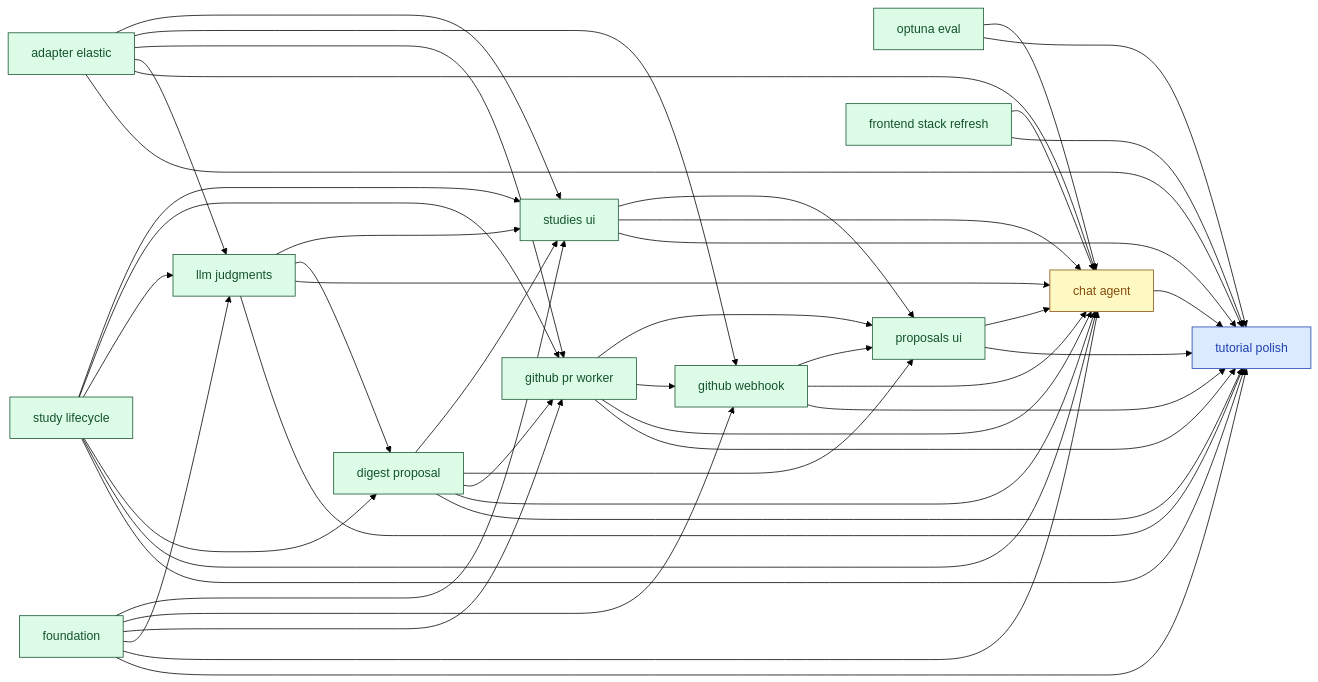
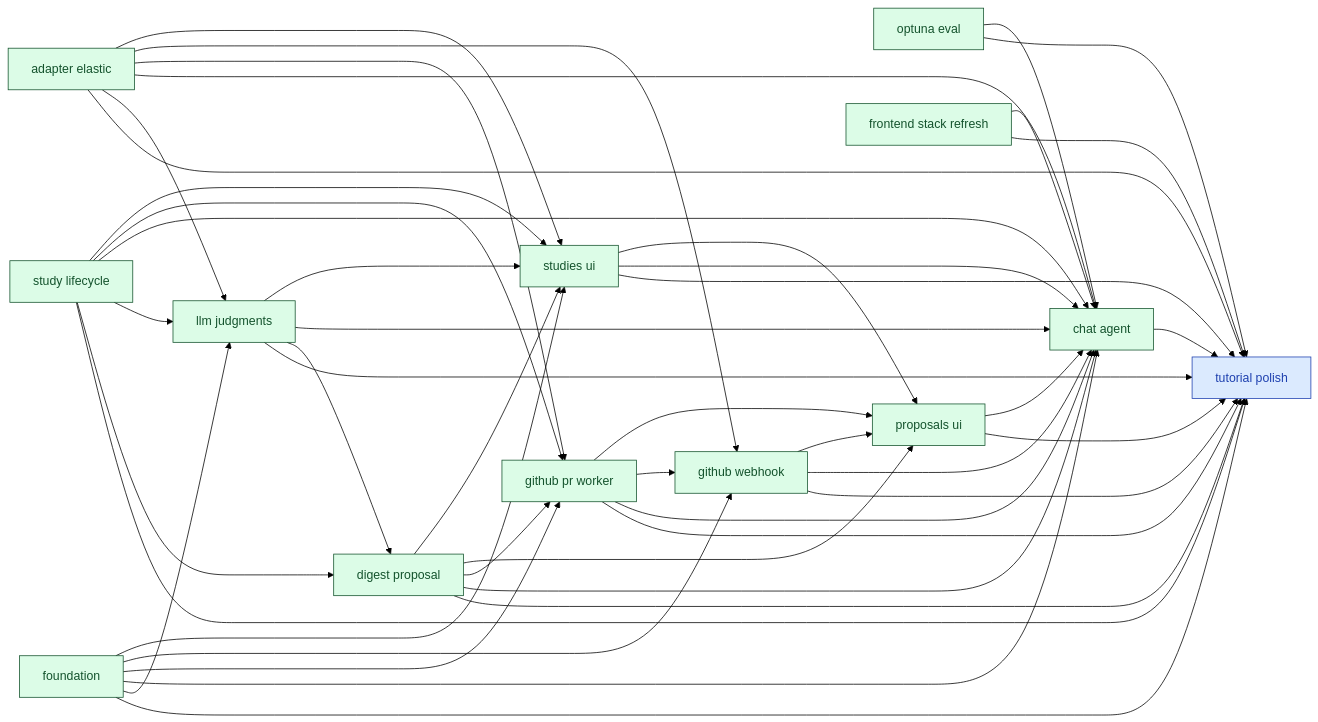
The diagram in docs/00_overview/MVP1_DASHBOARD.md (SoundMindsAI/relyloop), drawn with Mermaid (forest theme) before and after one commit. The commit also changed other lines of this file and 4 other files, not shown here.

First line of the commit message:
docs: finalize feat_chat_agent (PR #60) — move to implemented_features (#61)

````diff
--- a/docs/00_overview/MVP1_DASHBOARD.md
+++ b/docs/00_overview/MVP1_DASHBOARD.md
@@ -96,78 +95,78 @@
 ```mermaid
 graph LR
   classDef done fill:#dcfce7,stroke:#14532d,color:#14532d;
   classDef implement fill:#ffedd5,stroke:#9a3412,color:#9a3412;
   classDef plan fill:#fef9c3,stroke:#854d0e,color:#854d0e;
   classDef spec fill:#dbeafe,stroke:#1e40af,color:#1e40af;
   classDef idea fill:#f1f5f9,stroke:#334155,color:#334155;
   chore_tutorial_polish["tutorial polish"]
   class chore_tutorial_polish spec;
-  feat_chat_agent["chat agent"]
-  class feat_chat_agent plan;
   infra_foundation["foundation"]
   class infra_foundation done;
   feat_study_lifecycle["study lifecycle"]
   class feat_study_lifecycle done;
   infra_adapter_elastic["adapter elastic"]
   class infra_adapter_elastic done;
   infra_optuna_eval["optuna eval"]
   class infra_optuna_eval done;
   feat_digest_proposal["digest proposal"]
   class feat_digest_proposal done;
   feat_llm_judgments["llm judgments"]
   class feat_llm_judgments done;
+  feat_chat_agent["chat agent"]
+  class feat_chat_agent done;
   feat_github_pr_worker["github pr worker"]
   class feat_github_pr_worker done;
   feat_github_webhook["github webhook"]
   class feat_github_webhook done;
   feat_proposals_ui["proposals ui"]
   class feat_proposals_ui done;
   feat_studies_ui["studies ui"]
   class feat_studies_ui done;
   infra_frontend_stack_refresh["frontend stack refresh"]
   class infra_frontend_stack_refresh done;
   feat_chat_agent --> chore_tutorial_polish
   feat_digest_proposal --> chore_tutorial_polish
   feat_github_pr_worker --> chore_tutorial_polish
   feat_github_webhook --> chore_tutorial_polish
   feat_llm_judgments --> chore_tutorial_polish
   feat_proposals_ui --> chore_tutorial_polish
   feat_studies_ui --> chore_tutorial_polish
   feat_study_lifecycle --> chore_tutorial_polish
   infra_adapter_elastic --> chore_tutorial_polish
   infra_foundation --> chore_tutorial_polish
   infra_frontend_stack_refresh --> chore_tutorial_polish
   infra_optuna_eval --> chore_tutorial_polish
+  feat_study_lifecycle --> feat_digest_proposal
+  feat_llm_judgments --> feat_digest_proposal
+  infra_foundation --> feat_llm_judgments
+  infra_adapter_elastic --> feat_llm_judgments
+  feat_study_lifecycle --> feat_llm_judgments
   feat_digest_proposal --> feat_chat_agent
   feat_github_pr_worker --> feat_chat_agent
   feat_github_webhook --> feat_chat_agent
   feat_llm_judgments --> feat_chat_agent
   feat_proposals_ui --> feat_chat_agent
   feat_studies_ui --> feat_chat_agent
   feat_study_lifecycle --> feat_chat_agent
   infra_adapter_elastic --> feat_chat_agent
   infra_foundation --> feat_chat_agent
   infra_frontend_stack_refresh --> feat_chat_agent
   infra_optuna_eval --> feat_chat_agent
-  feat_study_lifecycle --> feat_digest_proposal
-  feat_llm_judgments --> feat_digest_proposal
-  infra_foundation --> feat_llm_judgments
-  infra_adapter_elastic --> feat_llm_judgments
-  feat_study_lifecycle --> feat_llm_judgments
   infra_foundation --> feat_github_pr_worker
   infra_adapter_elastic --> feat_github_pr_worker
   feat_study_lifecycle --> feat_github_pr_worker
   feat_digest_proposal --> feat_github_pr_worker
   infra_foundation --> feat_github_webhook
   infra_adapter_elastic --> feat_github_webhook
   feat_github_pr_worker --> feat_github_webhook
   feat_studies_ui --> feat_proposals_ui
   feat_digest_proposal --> feat_proposals_ui
   feat_github_pr_worker --> feat_proposals_ui
   feat_github_webhook --> feat_proposals_ui
   infra_foundation --> feat_studies_ui
   feat_study_lifecycle --> feat_studies_ui
   feat_digest_proposal --> feat_studies_ui
   feat_llm_judgments --> feat_studies_ui
   infra_adapter_elastic --> feat_studies_ui
 ```
````
